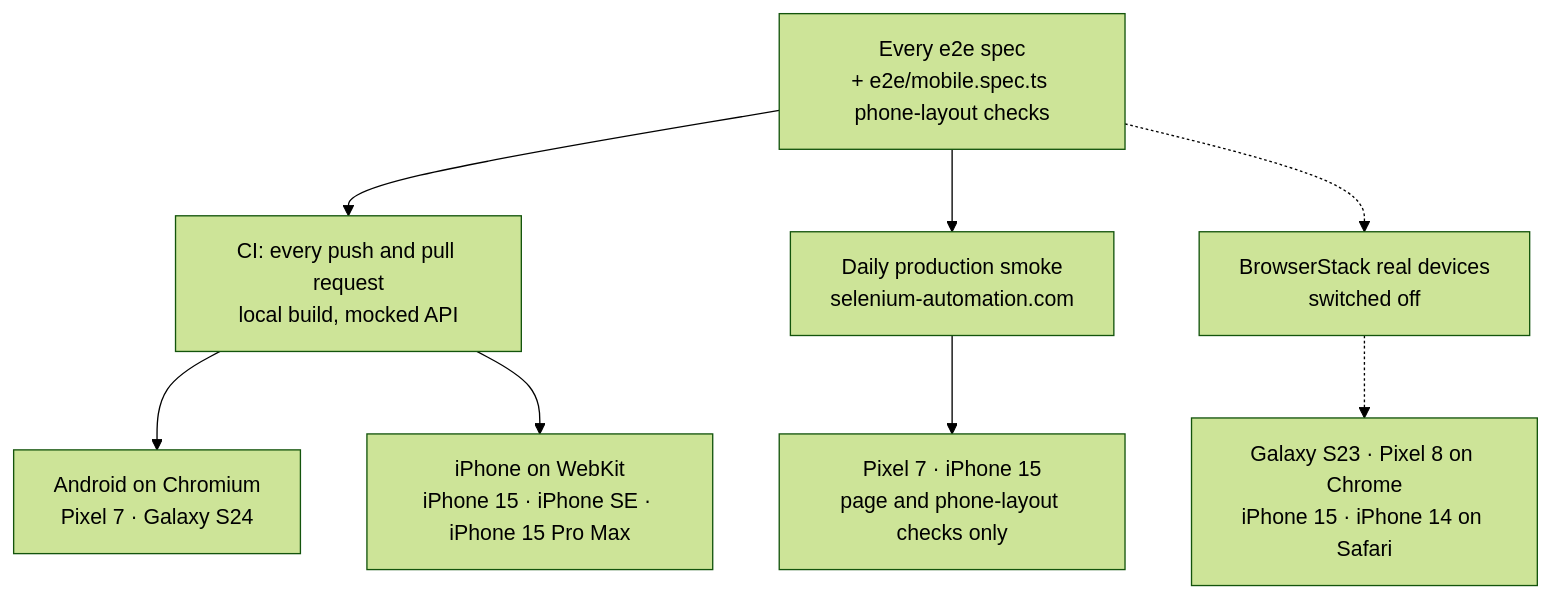
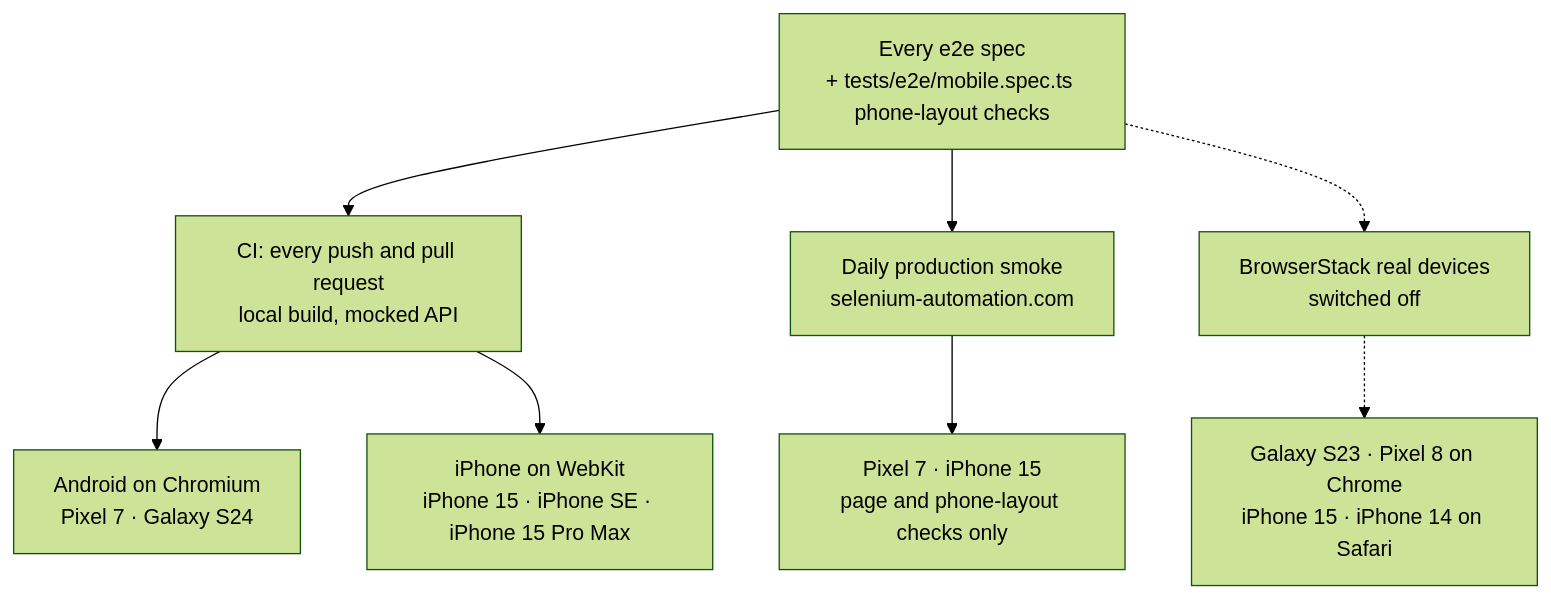
One commit to shane24sweeney/aboutshane changed the third of 4 diagrams in docs/testing.md. Above: the diagram before and after it, drawn with Mermaid (forest theme). The commit also changed other lines of this file and 137 other files, not shown here.

````diff
--- a/docs/testing.md
+++ b/docs/testing.md
@@ -125,14 +127,14 @@
 ```mermaid
 flowchart TD
-  specs["Every e2e spec<br/>+ e2e/mobile.spec.ts phone-layout checks"]
+  specs["Every e2e spec<br/>+ tests/e2e/mobile.spec.ts phone-layout checks"]
 
   specs --> ci["CI: every push and pull request<br/>local build, mocked API"]
   ci --> android["Android on Chromium<br/>Pixel 7 · Galaxy S24"]
   ci --> ios["iPhone on WebKit<br/>iPhone 15 · iPhone SE · iPhone 15 Pro Max"]
 
   specs --> daily["Daily production smoke<br/>selenium-automation.com"]
   daily --> live["Pixel 7 · iPhone 15<br/>page and phone-layout checks only"]
 
   specs -.-> bs["BrowserStack real devices<br/>switched off"]
   bs -.-> real["Galaxy S23 · Pixel 8 on Chrome<br/>iPhone 15 · iPhone 14 on Safari"]
 ```
````
